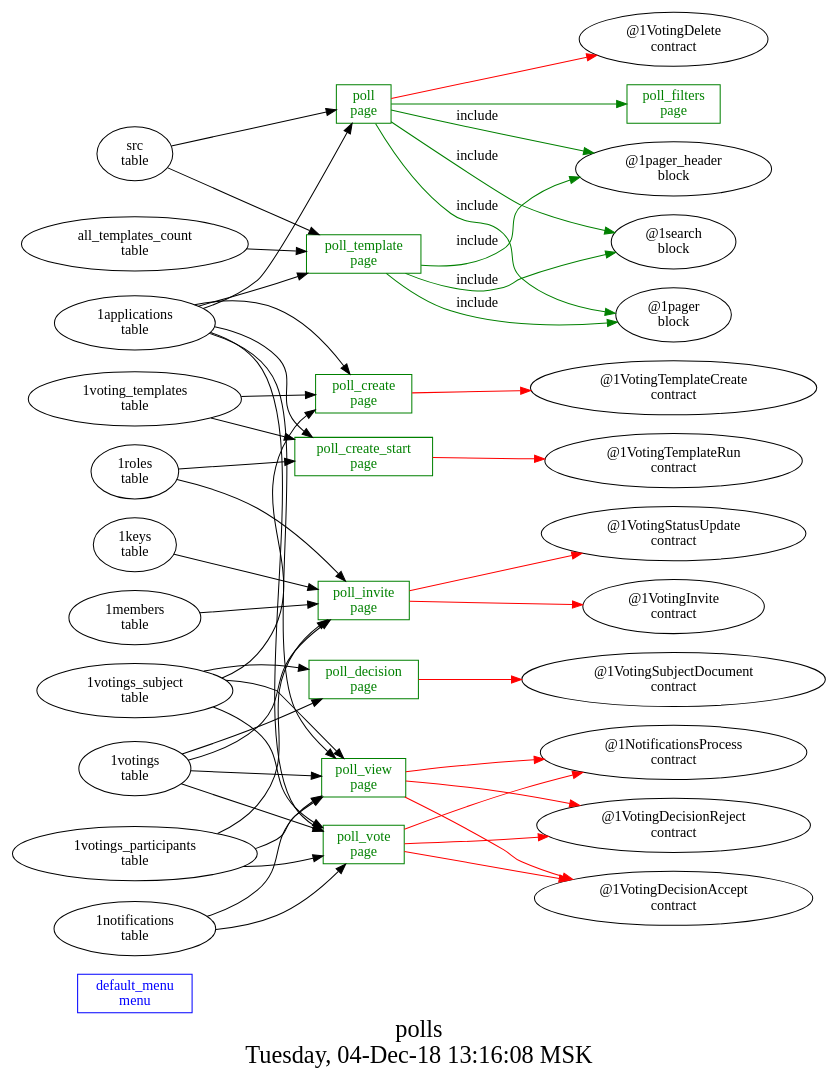
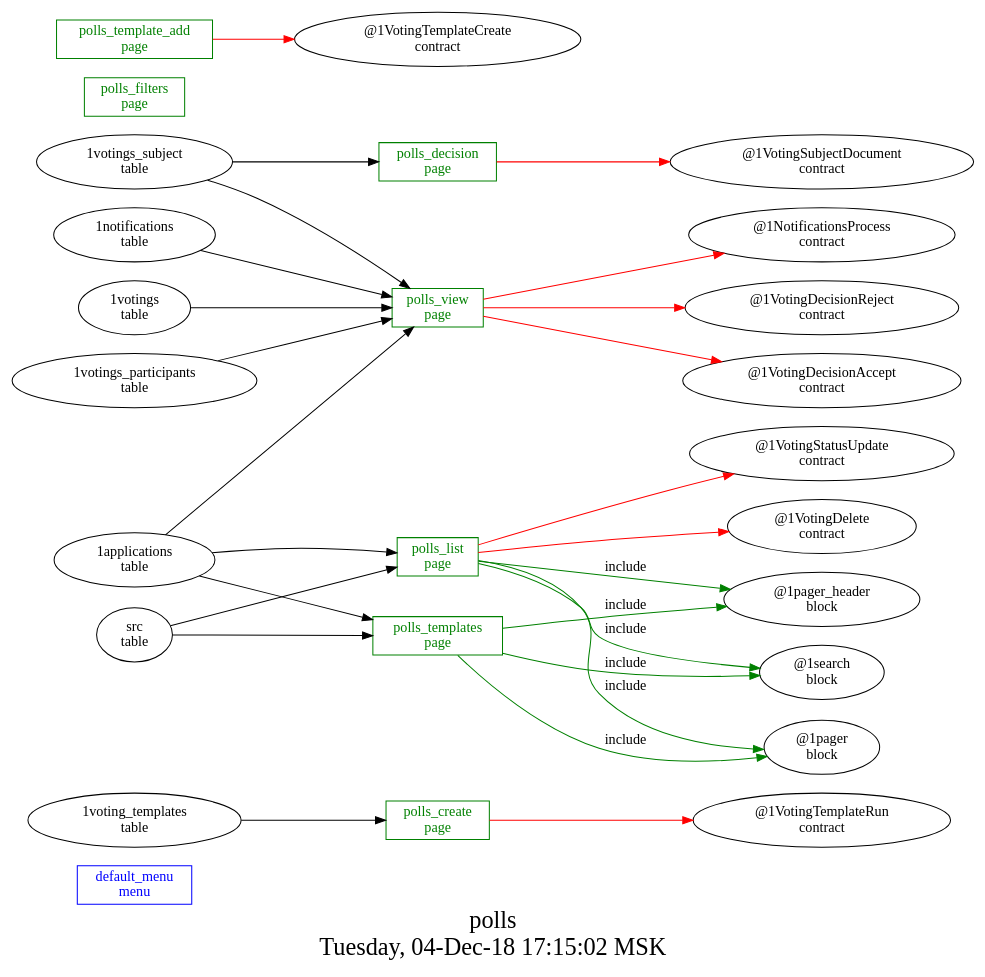
The diagram in other/polls/struct.dot (AplaProject/apps), drawn with Graphviz before and after one commit. The commit also changed 21 other files, not shown here.

```diff
--- a/other/polls/struct.dot
+++ b/other/polls/struct.dot
@@ -1,65 +1,41 @@
 digraph G {
 fontsize="24";
-label="polls\nTuesday, 04-Dec-18 13:16:08 MSK";
+label="polls\nTuesday, 04-Dec-18 17:15:02 MSK";
 nojustify=true;
 ordering=out;
 rankdir=LR;
 size="30";
 "default_menu\nmenu" [color=blue, fontcolor=blue, group=menus, shape=record];
-"poll\npage" -> "@1VotingDelete\ncontract"  [ color=red ]
-"1applications\ntable" -> "poll\npage"
-"src\ntable" -> "poll\npage"
-"poll\npage" -> "poll_filters\npage"  [ color=green ]
-"poll\npage" -> "@1pager_header\nblock"  [ color=green, label=include ]
-"poll\npage" -> "@1search\nblock"  [ color=green, label=include ]
-"poll\npage" -> "@1pager\nblock"  [ color=green, label=include ]
-"poll\npage" [color=green, fontcolor=green, group=pages, shape=record];
-"poll_create\npage" -> "@1VotingTemplateCreate\ncontract"  [ color=red ]
-"1applications\ntable" -> "poll_create\npage"
-"1voting_templates\ntable" -> "poll_create\npage"
-"1votings_subject\ntable" -> "poll_create\npage"
-"poll_create\npage" [color=green, fontcolor=green, group=pages, shape=record];
-"poll_create_start\npage" -> "@1VotingTemplateRun\ncontract"  [ color=red ]
-"1applications\ntable" -> "poll_create_start\npage"
-"1voting_templates\ntable" -> "poll_create_start\npage"
-"1roles\ntable" -> "poll_create_start\npage"
-"poll_create_start\npage" [color=green, fontcolor=green, group=pages, shape=record];
-"poll_decision\npage" -> "@1VotingSubjectDocument\ncontract"  [ color=red ]
-"1votings\ntable" -> "poll_decision\npage"
-"1votings_subject\ntable" -> "poll_decision\npage"
-"poll_decision\npage" [color=green, fontcolor=green, group=pages, shape=record];
-"poll_filters\npage" [color=green, fontcolor=green, group=pages, shape=record];
-"poll_invite\npage" -> "@1VotingStatusUpdate\ncontract"  [ color=red ]
-"poll_invite\npage" -> "@1VotingInvite\ncontract"  [ color=red ]
-"1votings\ntable" -> "poll_invite\npage"
-"1votings_participants\ntable" -> "poll_invite\npage"
-"1roles\ntable" -> "poll_invite\npage"
-"1keys\ntable" -> "poll_invite\npage"
-"1members\ntable" -> "poll_invite\npage"
-"poll_invite\npage" [color=green, fontcolor=green, group=pages, shape=record];
-"1applications\ntable" -> "poll_template\npage"
-"all_templates_count\ntable" -> "poll_template\npage"
-"src\ntable" -> "poll_template\npage"
-"poll_template\npage" -> "@1pager_header\nblock"  [ color=green, label=include ]
-"poll_template\npage" -> "@1search\nblock"  [ color=green, label=include ]
-"poll_template\npage" -> "@1pager\nblock"  [ color=green, label=include ]
-"poll_template\npage" [color=green, fontcolor=green, group=pages, shape=record];
-"poll_view\npage" -> "@1NotificationsProcess\ncontract"  [ color=red ]
-"poll_view\npage" -> "@1VotingDecisionReject\ncontract"  [ color=red ]
-"poll_view\npage" -> "@1VotingDecisionAccept\ncontract"  [ color=red ]
-"1applications\ntable" -> "poll_view\npage"
-"1notifications\ntable" -> "poll_view\npage"
-"1votings\ntable" -> "poll_view\npage"
-"1votings_participants\ntable" -> "poll_view\npage"
-"1votings_subject\ntable" -> "poll_view\npage"
-"poll_view\npage" [color=green, fontcolor=green, group=pages, shape=record];
-"poll_vote\npage" -> "@1NotificationsProcess\ncontract"  [ color=red ]
-"poll_vote\npage" -> "@1VotingDecisionReject\ncontract"  [ color=red ]
-"poll_vote\npage" -> "@1VotingDecisionAccept\ncontract"  [ color=red ]
-"1applications\ntable" -> "poll_vote\npage"
-"1notifications\ntable" -> "poll_vote\npage"
-"1votings\ntable" -> "poll_vote\npage"
-"1votings_participants\ntable" -> "poll_vote\npage"
-"1votings_subject\ntable" -> "poll_vote\npage"
-"poll_vote\npage" [color=green, fontcolor=green, group=pages, shape=record];
+"polls_create\npage" -> "@1VotingTemplateRun\ncontract"  [ color=red ]
+"1voting_templates\ntable" -> "polls_create\npage"
+"polls_create\npage" [color=green, fontcolor=green, group=pages, shape=record];
+"polls_decision\npage" -> "@1VotingSubjectDocument\ncontract"  [ color=red ]
+"1votings_subject\ntable" -> "polls_decision\npage"
+"polls_decision\npage" [color=green, fontcolor=green, group=pages, shape=record];
+"polls_filters\npage" [color=green, fontcolor=green, group=pages, shape=record];
+"polls_list\npage" -> "@1VotingStatusUpdate\ncontract"  [ color=red ]
+"polls_list\npage" -> "@1VotingDelete\ncontract"  [ color=red ]
+"1applications\ntable" -> "polls_list\npage"
+"src\ntable" -> "polls_list\npage"
+"polls_list\npage" -> "@1pager_header\nblock"  [ color=green, label=include ]
+"polls_list\npage" -> "@1search\nblock"  [ color=green, label=include ]
+"polls_list\npage" -> "@1pager\nblock"  [ color=green, label=include ]
+"polls_list\npage" [color=green, fontcolor=green, group=pages, shape=record];
+"polls_template_add\npage" -> "@1VotingTemplateCreate\ncontract"  [ color=red ]
+"polls_template_add\npage" [color=green, fontcolor=green, group=pages, shape=record];
+"1applications\ntable" -> "polls_templates\npage"
+"src\ntable" -> "polls_templates\npage"
+"polls_templates\npage" -> "@1pager_header\nblock"  [ color=green, label=include ]
+"polls_templates\npage" -> "@1search\nblock"  [ color=green, label=include ]
+"polls_templates\npage" -> "@1pager\nblock"  [ color=green, label=include ]
+"polls_templates\npage" [color=green, fontcolor=green, group=pages, shape=record];
+"polls_view\npage" -> "@1NotificationsProcess\ncontract"  [ color=red ]
+"polls_view\npage" -> "@1VotingDecisionReject\ncontract"  [ color=red ]
+"polls_view\npage" -> "@1VotingDecisionAccept\ncontract"  [ color=red ]
+"1applications\ntable" -> "polls_view\npage"
+"1notifications\ntable" -> "polls_view\npage"
+"1votings\ntable" -> "polls_view\npage"
+"1votings_participants\ntable" -> "polls_view\npage"
+"1votings_subject\ntable" -> "polls_view\npage"
+"polls_view\npage" [color=green, fontcolor=green, group=pages, shape=record];
 }
```
